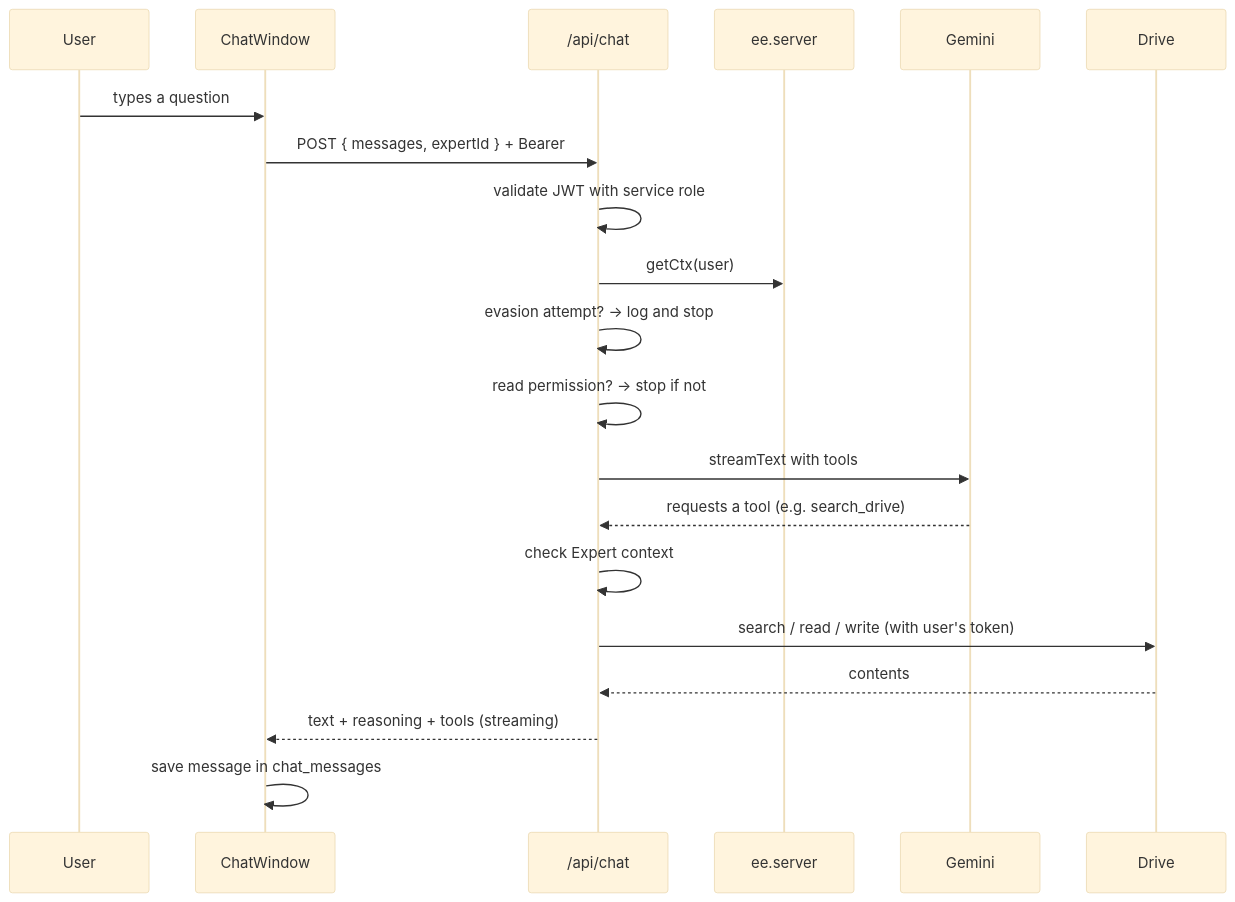
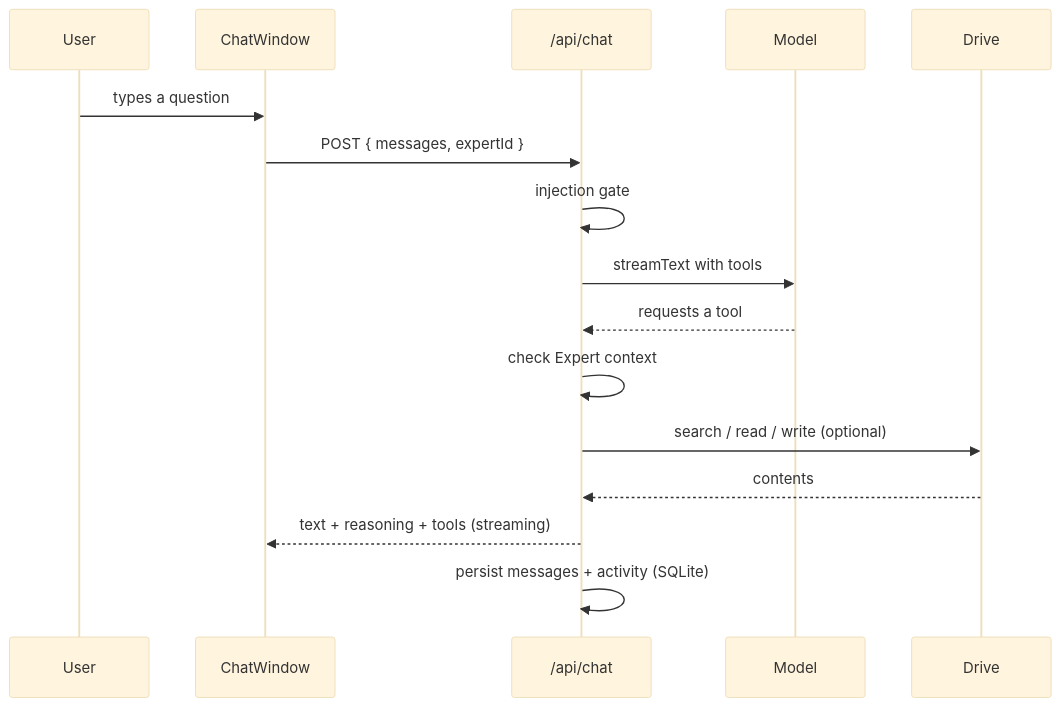
One commit to OpenExpert-ai/OpenExpert changed the second of 2 diagrams in docs/en/02-architecture.md. Above: the diagram before and after it, drawn with Mermaid (base theme). The commit also changed other lines of this file and 134 other files, not shown here.

````diff
--- a/docs/en/02-architecture.md
+++ b/docs/en/02-architecture.md
@@ -197,23 +89,19 @@
 ```mermaid
 sequenceDiagram
     participant U as User
     participant UI as ChatWindow
     participant API as /api/chat
-    participant EE as ee.server
-    participant G as Gemini
+    participant G as Model
     participant D as Drive
 
     U->>UI: types a question
-    UI->>API: POST { messages, expertId } + Bearer
-    API->>API: validate JWT with service role
-    API->>EE: getCtx(user)
-    API->>API: evasion attempt? → log and stop
-    API->>API: read permission? → stop if not
+    UI->>API: POST { messages, expertId }
+    API->>API: injection gate
     API->>G: streamText with tools
-    G-->>API: requests a tool (e.g. search_drive)
+    G-->>API: requests a tool
     API->>API: check Expert context
-    API->>D: search / read / write (with user's token)
+    API->>D: search / read / write (optional)
     D-->>API: contents
     API-->>UI: text + reasoning + tools (streaming)
-    UI->>UI: save message in chat_messages
+    API->>API: persist messages + activity (SQLite)
 ```
````
